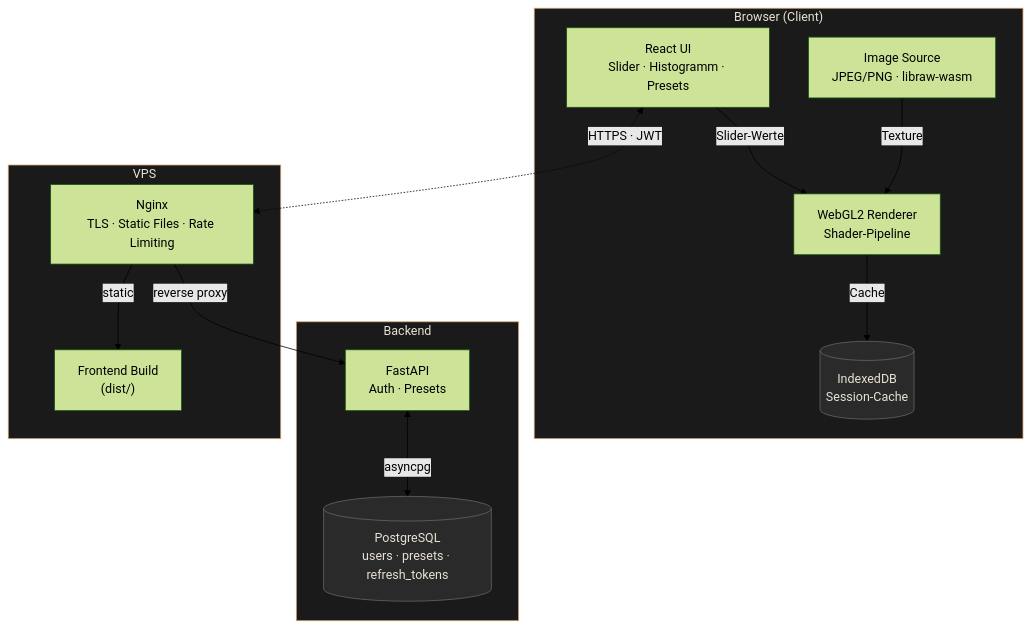
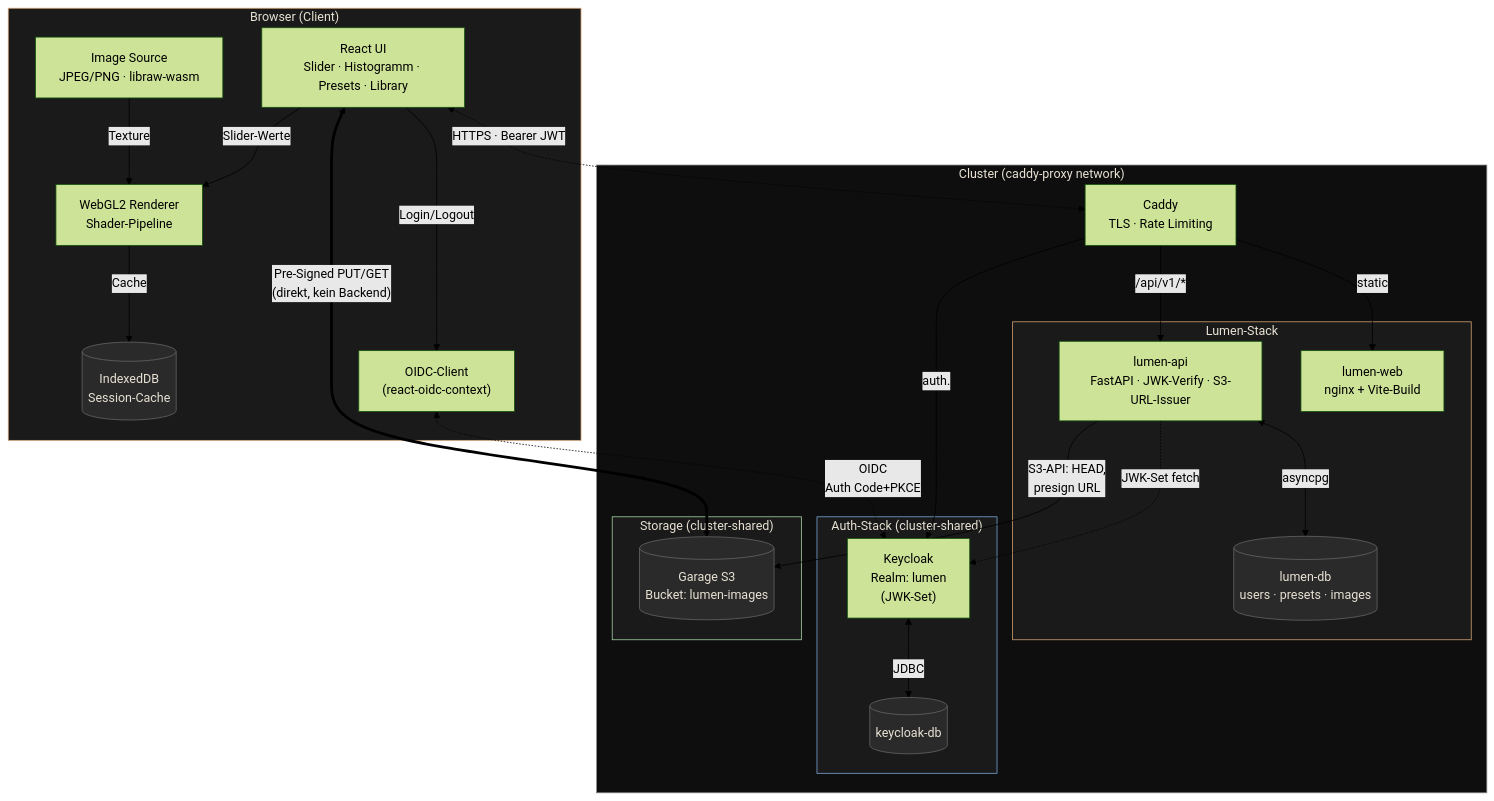
One commit to phash/lumen-light changed the diagram in diagramme/architektur.mmd. Above: the diagram before and after it, drawn with Mermaid (forest theme). The commit also changed 9 other files, not shown here.

First line of the commit message:
docs(arch): keycloak + garage + caddy — architecture update (iteration 3)

```diff
--- a/diagramme/architektur.mmd
+++ b/diagramme/architektur.mmd
@@ -1,33 +1,56 @@
-%% Lumen · light — Systemarchitektur
+%% Lumen · light — Systemarchitektur (Stand ADR-010, ADR-011, ADR-012)
 %% Anzeige: in jedem Markdown-Renderer mit Mermaid-Support, oder mermaid.live
 
 flowchart TB
     subgraph Browser["Browser (Client)"]
-        UI["React UI<br/>Slider · Histogramm · Presets"]
+        UI["React UI<br/>Slider · Histogramm · Presets · Library"]
         WGL["WebGL2 Renderer<br/>Shader-Pipeline"]
         IMG["Image Source<br/>JPEG/PNG · libraw-wasm"]
         IDB[("IndexedDB<br/>Session-Cache")]
+        OIDC["OIDC-Client<br/>(react-oidc-context)"]
         UI -->|"Slider-Werte"| WGL
         IMG -->|"Texture"| WGL
         WGL -->|"Cache"| IDB
+        UI -->|"Login/Logout"| OIDC
     end
 
-    subgraph Backend["Backend"]
-        API["FastAPI<br/>Auth · Presets"]
-        DB[("PostgreSQL<br/>users · presets · refresh_tokens")]
-        API <-->|"asyncpg"| DB
+    subgraph Cluster["Cluster (caddy-proxy network)"]
+        CADDY["Caddy<br/>TLS · Rate Limiting"]
+
+        subgraph Lumen["Lumen-Stack"]
+            API["lumen-api<br/>FastAPI · JWK-Verify · S3-URL-Issuer"]
+            WEB["lumen-web<br/>nginx + Vite-Build"]
+            DB[("lumen-db<br/>users · presets · images")]
+            API <-->|"asyncpg"| DB
+        end
+
+        subgraph Auth["Auth-Stack (cluster-shared)"]
+            KC["Keycloak<br/>Realm: lumen<br/>(JWK-Set)"]
+            KCDB[("keycloak-db")]
+            KC <-->|"JDBC"| KCDB
+        end
+
+        subgraph Storage["Storage (cluster-shared)"]
+            GAR[("Garage S3<br/>Bucket: lumen-images")]
+        end
+
+        CADDY -->|"/api/v1/*"| API
+        CADDY -->|"static"| WEB
+        CADDY -->|"auth.<d>"| KC
     end
 
-    subgraph Deployment["VPS"]
-        NGX["Nginx<br/>TLS · Static Files · Rate Limiting"]
-        NGX -->|"reverse proxy"| API
-        NGX -->|"static"| Static["Frontend Build<br/>(dist/)"]
-    end
-
-    UI <-.->|"HTTPS · JWT"| NGX
+    OIDC <-.->|"OIDC<br/>Auth Code+PKCE"| KC
+    UI <-.->|"HTTPS · Bearer JWT"| CADDY
+    API -.->|"JWK-Set fetch"| KC
+    API -->|"S3-API: HEAD,<br/>presign URL"| GAR
+    UI <==>|"Pre-Signed PUT/GET<br/>(direkt, kein Backend)"| GAR
 
     style Browser fill:#1a1a1a,stroke:#d4a373,color:#e8e2d4
-    style Backend fill:#1a1a1a,stroke:#d4a373,color:#e8e2d4
-    style Deployment fill:#1a1a1a,stroke:#d4a373,color:#e8e2d4
+    style Cluster fill:#0e0e0e,stroke:#888,color:#e8e2d4
+    style Lumen fill:#1a1a1a,stroke:#d4a373,color:#e8e2d4
+    style Auth fill:#1a1a1a,stroke:#7aa6d6,color:#e8e2d4
+    style Storage fill:#1a1a1a,stroke:#a3d4a3,color:#e8e2d4
     style IDB fill:#2a2a2a,stroke:#666,color:#e8e2d4
     style DB fill:#2a2a2a,stroke:#666,color:#e8e2d4
+    style KCDB fill:#2a2a2a,stroke:#666,color:#e8e2d4
+    style GAR fill:#2a2a2a,stroke:#666,color:#e8e2d4
```
